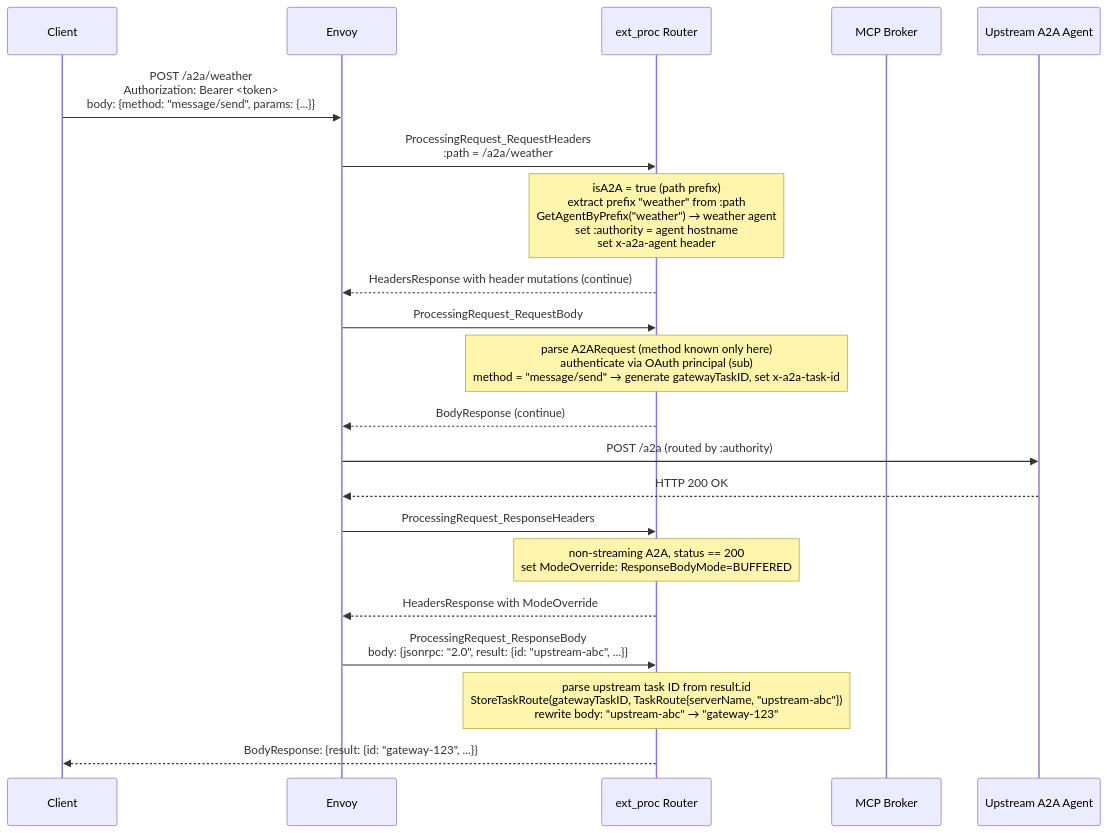
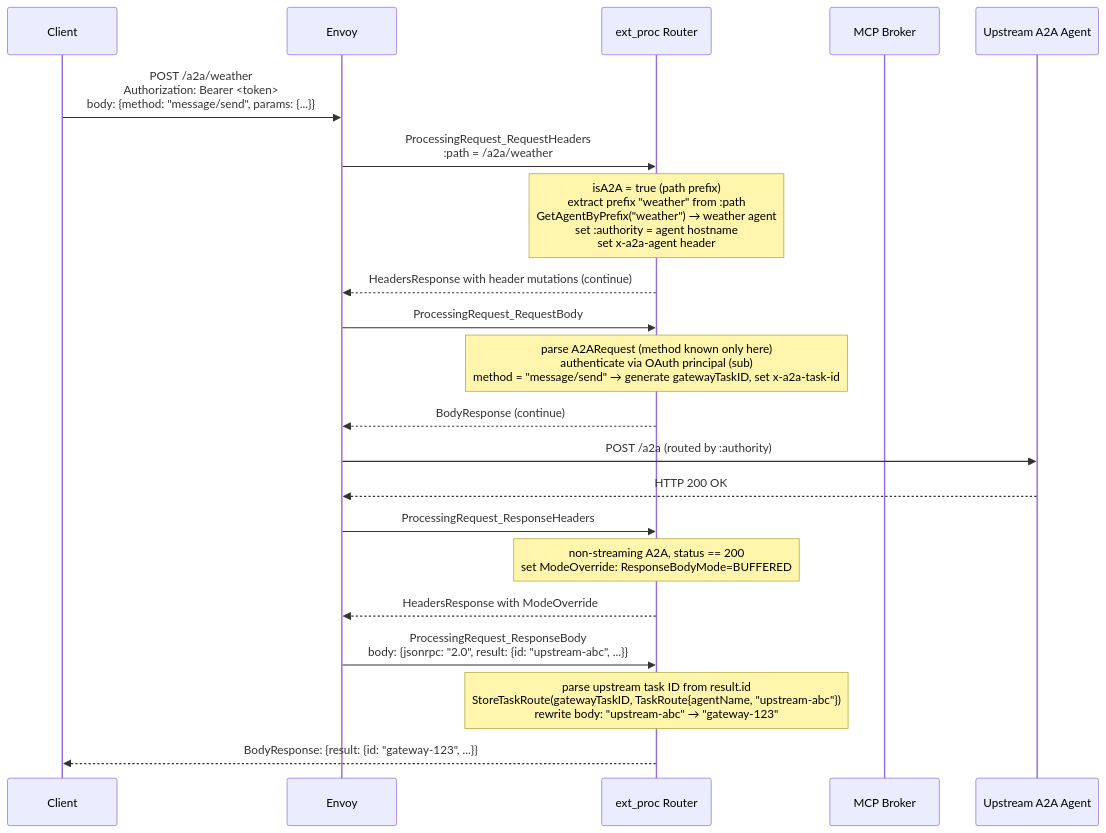
One commit to Aman-Cool/mcp-gateway changed the second of 5 diagrams in docs/design/a2a/a2a-design.md. Above: the diagram before and after it, drawn with Mermaid. The commit also changed other lines of this file and 1 other file, not shown here.

````diff
--- a/docs/design/a2a/a2a-design.md
+++ b/docs/design/a2a/a2a-design.md
@@ -203,24 +203,24 @@
 ```mermaid
 sequenceDiagram
     participant Client
     participant Envoy
     participant Router as ext_proc Router
     participant Broker as MCP Broker
     participant Upstream as Upstream A2A Agent
 
     Client->>Envoy: POST /a2a/weather<br/>Authorization: Bearer <token><br/>body: {method: "message/send", params: {...}}
     Envoy->>Router: ProcessingRequest_RequestHeaders<br/>:path = /a2a/weather
     Note over Router: isA2A = true (path prefix)<br/>extract prefix "weather" from :path<br/>GetAgentByPrefix("weather") → weather agent<br/>set :authority = agent hostname<br/>set x-a2a-agent header
     Router-->>Envoy: HeadersResponse with header mutations (continue)
     Envoy->>Router: ProcessingRequest_RequestBody
     Note over Router: parse A2ARequest (method known only here)<br/>authenticate via OAuth principal (sub)<br/>method = "message/send" → generate gatewayTaskID, set x-a2a-task-id
     Router-->>Envoy: BodyResponse (continue)
     Envoy->>Upstream: POST /a2a (routed by :authority)
     Upstream-->>Envoy: HTTP 200 OK
     Envoy->>Router: ProcessingRequest_ResponseHeaders
     Note over Router: non-streaming A2A, status == 200<br/>set ModeOverride: ResponseBodyMode=BUFFERED
     Router-->>Envoy: HeadersResponse with ModeOverride
     Envoy->>Router: ProcessingRequest_ResponseBody<br/>body: {jsonrpc: "2.0", result: {id: "upstream-abc", ...}}
-    Note over Router: parse upstream task ID from result.id<br/>StoreTaskRoute(gatewayTaskID, TaskRoute{serverName, "upstream-abc"})<br/>rewrite body: "upstream-abc" → "gateway-123"
+    Note over Router: parse upstream task ID from result.id<br/>StoreTaskRoute(gatewayTaskID, TaskRoute{agentName, "upstream-abc"})<br/>rewrite body: "upstream-abc" → "gateway-123"
     Router-->>Client: BodyResponse: {result: {id: "gateway-123", ...}}
 ```
````
